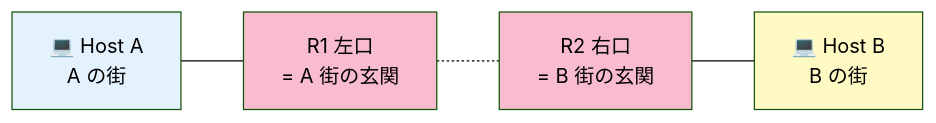
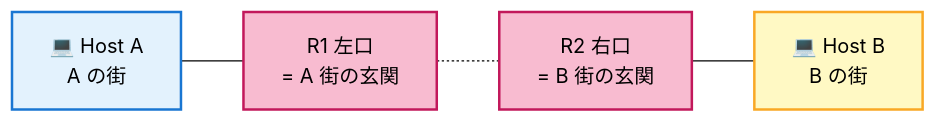
One commit to Tsunanko/netpractice-guide changed the diagram in docs/02-levels/level5.md. Above: the diagram before and after it, drawn with Mermaid (forest theme). The commit also changed other lines of this file and 3 other files, not shown here.

````diff
--- a/docs/02-levels/level5.md
+++ b/docs/02-levels/level5.md
@@ -30,15 +41,18 @@
 ```mermaid
 flowchart LR
     A[💻 Host A<br>A の街]
     R1[R1 左口<br>= A 街の玄関]
     R2[R2 右口<br>= B 街の玄関]
     B[💻 Host B<br>B の街]
     A --- R1
     R1 -.- R2
     R2 --- B
 
-    style A fill:#E3F2FD
-    style R1 fill:#F8BBD0
-    style R2 fill:#F8BBD0
-    style B fill:#FFF9C4
+    classDef hostA fill:#E3F2FD,stroke:#1976D2,color:#000,stroke-width:2px
+    classDef router fill:#F8BBD0,stroke:#C2185B,color:#000,stroke-width:2px
+    classDef hostB fill:#FFF9C4,stroke:#F9A825,color:#000,stroke-width:2px
+
+    class A hostA
+    class R1,R2 router
+    class B hostB
 ```
````
